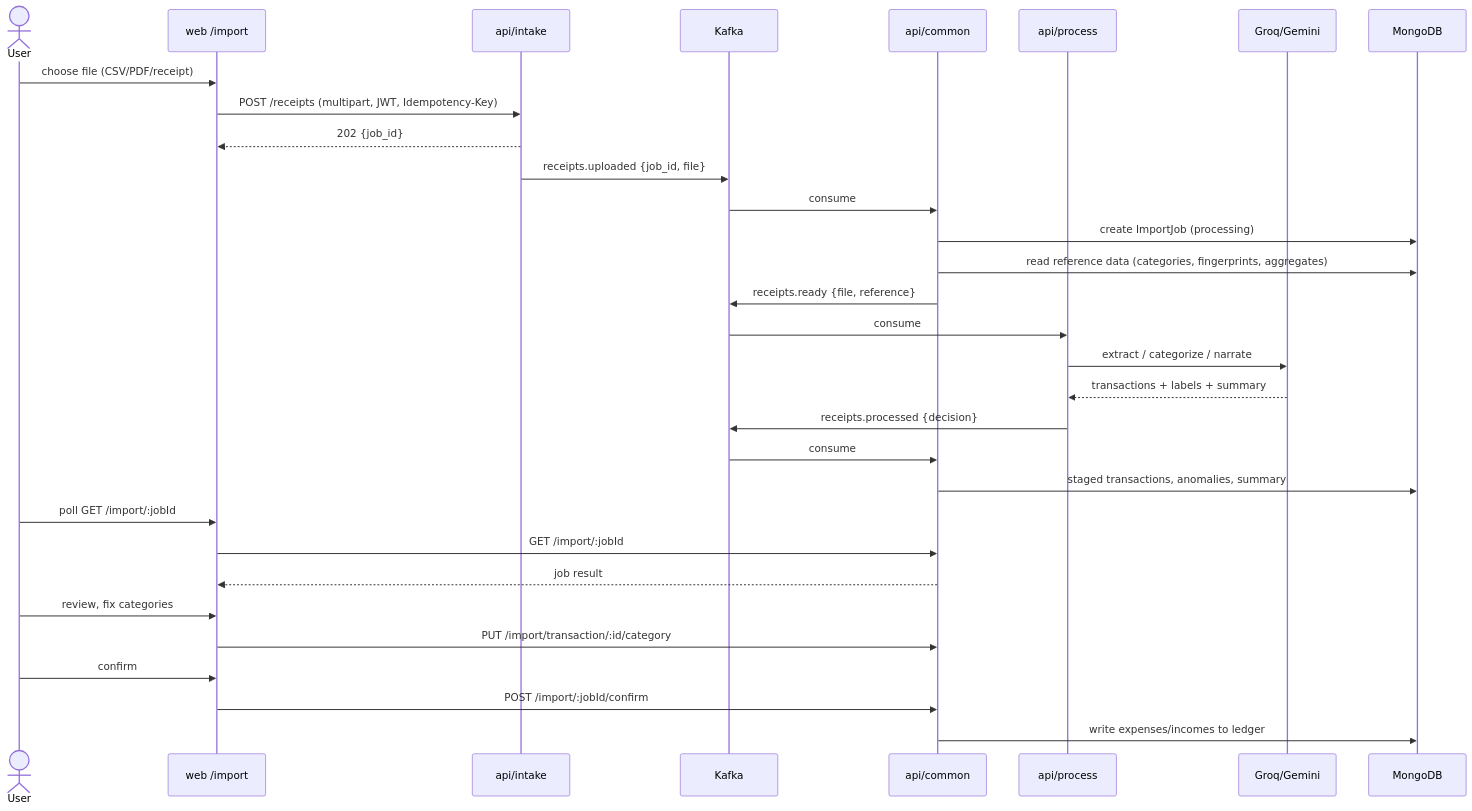
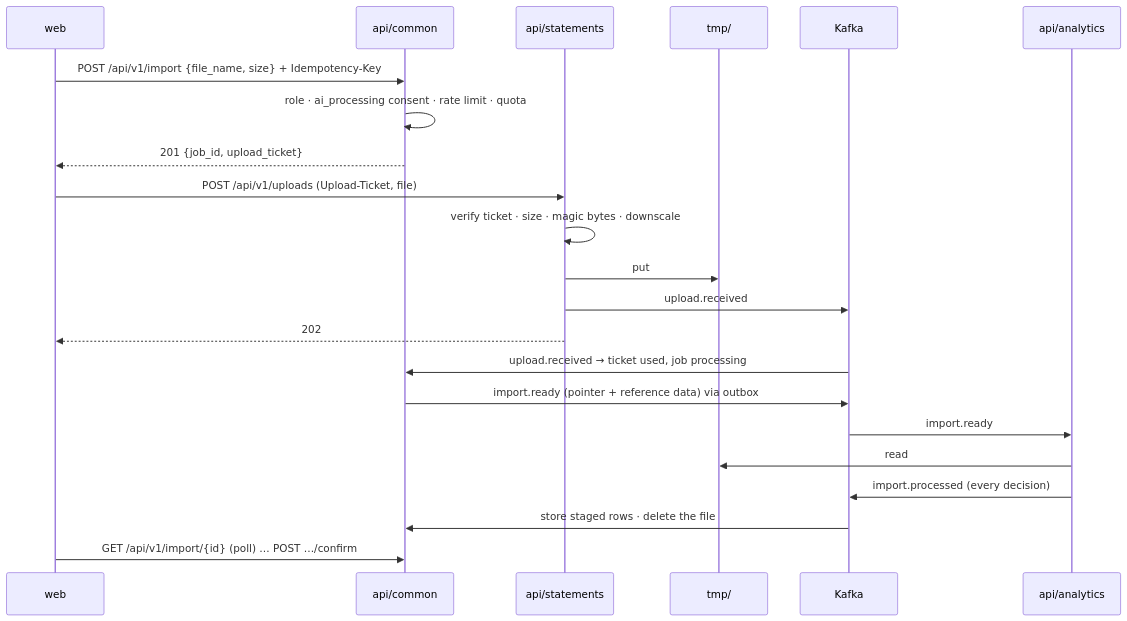
Before and after one commit to cuesoftinc/expendit: the second of 4 diagrams in docs/architecture.md, drawn with Mermaid. The commit also changed other lines of this file and 21 other files, not shown here.

````diff
--- a/docs/architecture.md
+++ b/docs/architecture.md
@@ -219,34 +78,25 @@
 ```mermaid
 sequenceDiagram
-    actor U as User
-    participant W as web /import
-    participant I as api/intake
+    participant W as web
+    participant C as api/common
+    participant G as api/statements
+    participant S as tmp/
     participant K as Kafka
-    participant A as api/common
-    participant P as api/process
-    participant AI as Groq/Gemini
-    participant M as MongoDB
+    participant P as api/analytics
 
-    U->>W: choose file (CSV/PDF/receipt)
-    W->>I: POST /receipts (multipart, JWT, Idempotency-Key)
-    I-->>W: 202 {job_id}
-    I->>K: receipts.uploaded {job_id, file}
-    K->>A: consume
-    A->>M: create ImportJob (processing)
-    A->>M: read reference data (categories, fingerprints, aggregates)
-    A->>K: receipts.ready {file, reference}
-    K->>P: consume
-    P->>AI: extract / categorize / narrate
-    AI-->>P: transactions + labels + summary
-    P->>K: receipts.processed {decision}
-    K->>A: consume
-    A->>M: staged transactions, anomalies, summary
-    U->>W: poll GET /import/:jobId
-    W->>A: GET /import/:jobId
-    A-->>W: job result
-    U->>W: review, fix categories
-    W->>A: PUT /import/transaction/:id/category
-    U->>W: confirm
-    W->>A: POST /import/:jobId/confirm
-    A->>M: write expenses/incomes to ledger
+    W->>C: POST /api/v1/import {file_name, size} + Idempotency-Key
+    C->>C: role · ai_processing consent · rate limit · quota
+    C-->>W: 201 {job_id, upload_ticket}
+    W->>G: POST /api/v1/uploads (Upload-Ticket, file)
+    G->>G: verify ticket · size · magic bytes · downscale
+    G->>S: put
+    G->>K: upload.received
+    G-->>W: 202
+    K->>C: upload.received → ticket used, job processing
+    C->>K: import.ready (pointer + reference data) via outbox
+    K->>P: import.ready
+    P->>S: read
+    P->>K: import.processed (every decision)
+    K->>C: store staged rows · delete the file
+    W->>C: GET /api/v1/import/{id} (poll) … POST …/confirm
 ```
````
